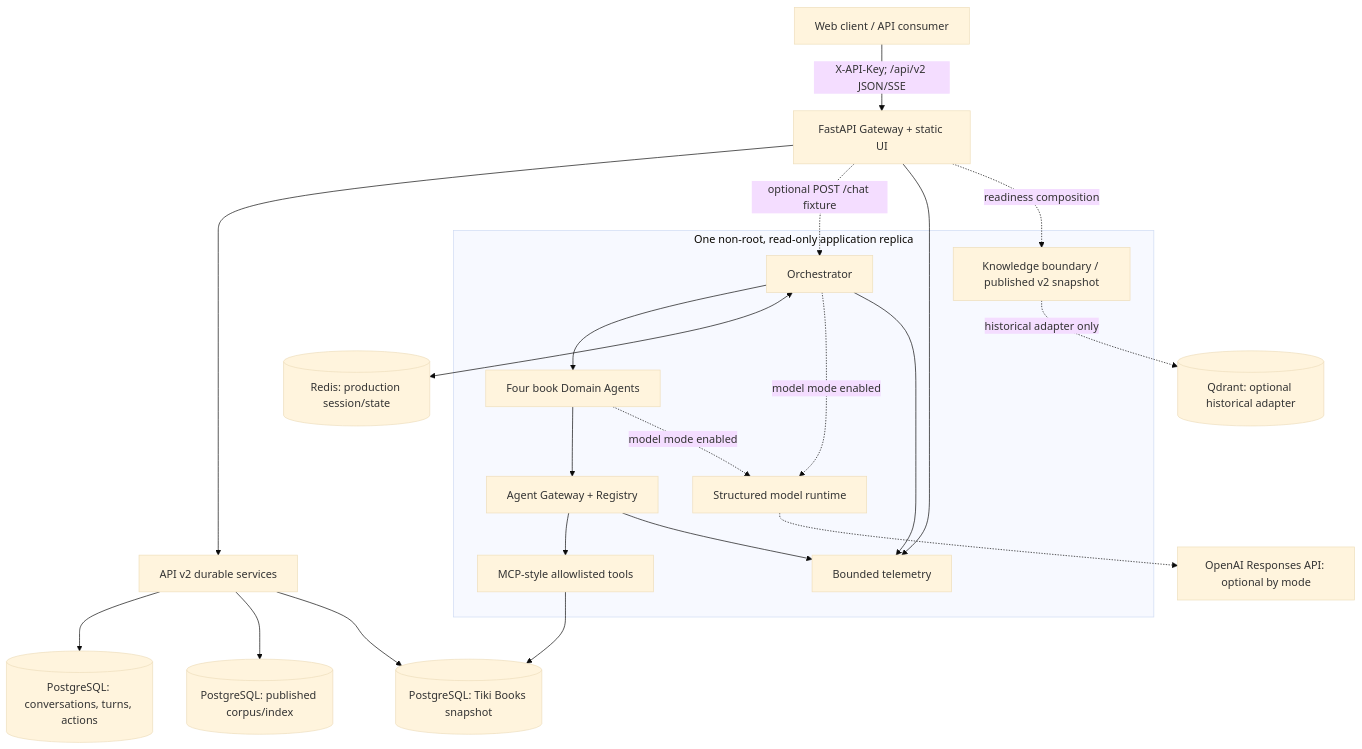
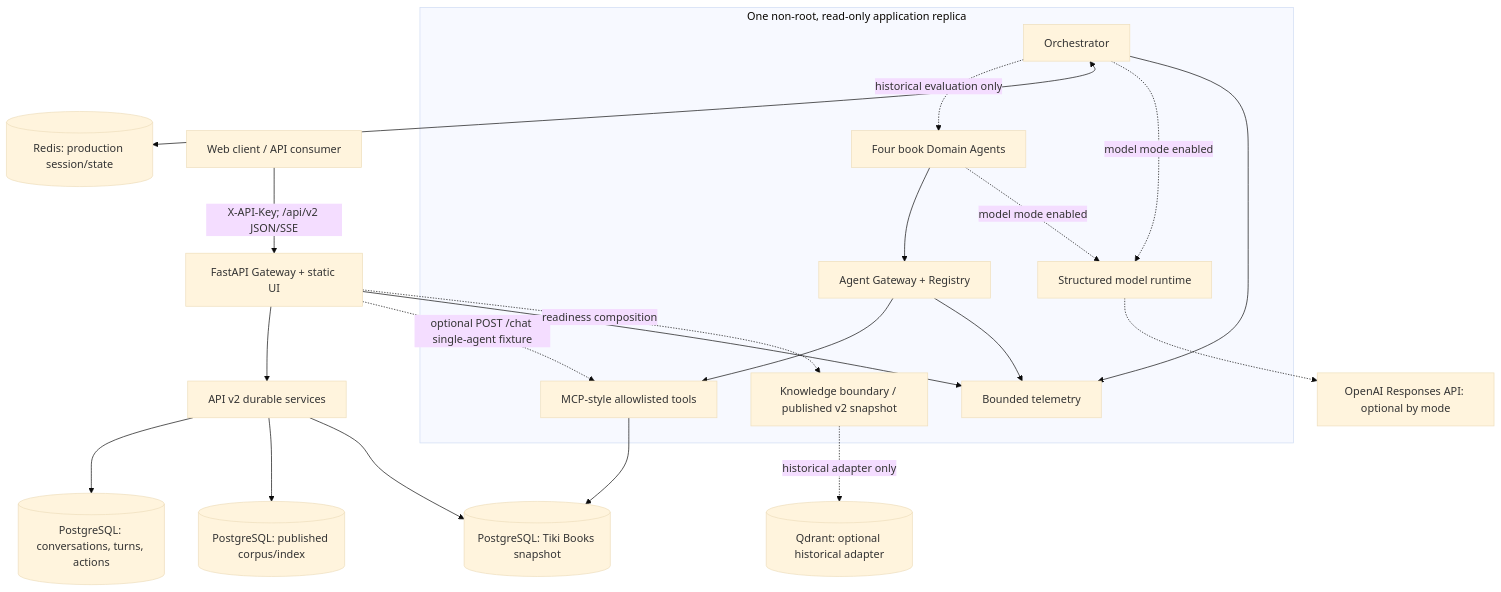
One commit to Thanh281105/multi-agent-system changed the first of 2 diagrams in docs/architecture.md. Above: the diagram before and after it, drawn with Mermaid (base theme). The commit also changed other lines of this file and 4 other files, not shown here.

````diff
--- a/docs/architecture.md
+++ b/docs/architecture.md
@@ -39,33 +39,34 @@
 ```mermaid
 flowchart TB
     C[Web client / API consumer]
     G[FastAPI Gateway + static UI]
 
     subgraph APP[One non-root, read-only application replica]
         O[Orchestrator]
         D[Four book Domain Agents]
         A[Agent Gateway + Registry]
         T[MCP-style allowlisted tools]
         L[Structured model runtime]
         M[Bounded telemetry]
         K[Knowledge boundary / published v2 snapshot]
     end
 
     PG[(PostgreSQL: Tiki Books snapshot)]
     R[(Redis: production session/state)]
     OA[OpenAI Responses API: optional by mode]
     Q[(Qdrant: optional historical adapter)]
     V2[API v2 durable services]
     C2[(PostgreSQL: conversations, turns, actions)]
     I2[(PostgreSQL: published corpus/index)]
 
     C -->|X-API-Key; /api/v2 JSON/SSE| G --> V2 --> C2
     V2 --> I2
     V2 --> PG
-    G -. optional POST /chat fixture .-> O --> D --> A --> T --> PG
+    G -. optional POST /chat single-agent fixture .-> T
+    O -. historical evaluation only .-> D --> A --> T --> PG
     O <--> R
     O & D -. model mode enabled .-> L -.-> OA
     G & O & A --> M
     G -. readiness composition .-> K
     K -. historical adapter only .-> Q
 ```
````
